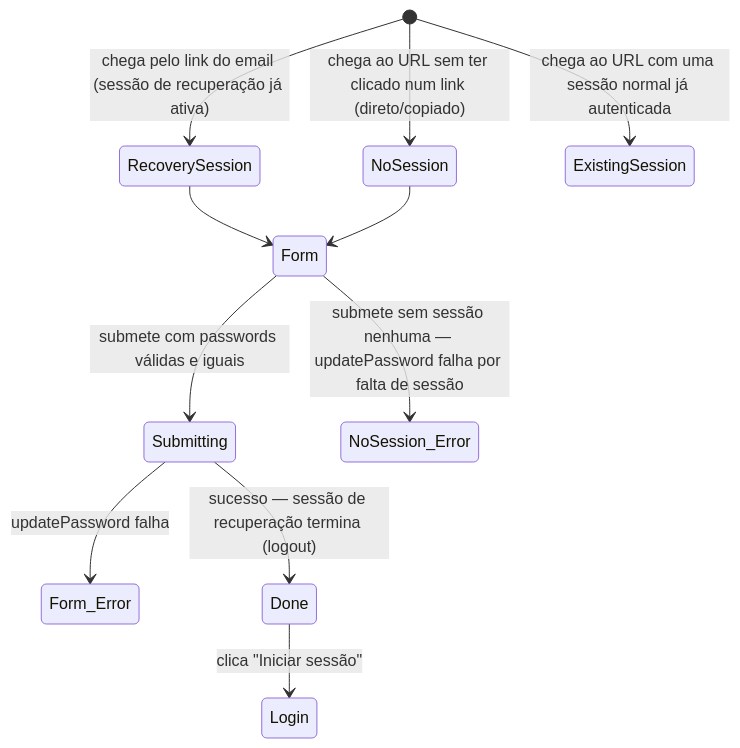
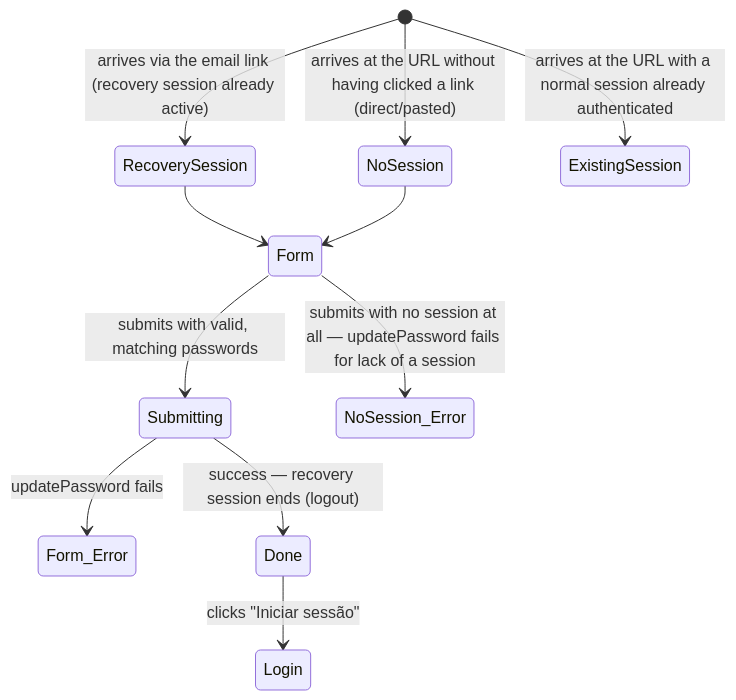
One commit to dmsm2000/rally changed the diagram in docs/flows/reset-password.md. Above: the diagram before and after it, drawn with Mermaid. The commit also changed other lines of this file and 10 other files, not shown here.

````diff
--- a/docs/flows/reset-password.md
+++ b/docs/flows/reset-password.md
@@ -16,15 +18,15 @@
 ```mermaid
 stateDiagram-v2
-  [*] --> RecoverySession: chega pelo link do email (sessão de recuperação já ativa)
-  [*] --> NoSession: chega ao URL sem ter clicado num link (direto/copiado)
-  [*] --> ExistingSession: chega ao URL com uma sessão normal já autenticada
+  [*] --> RecoverySession: arrives via the email link (recovery session already active)
+  [*] --> NoSession: arrives at the URL without having clicked a link (direct/pasted)
+  [*] --> ExistingSession: arrives at the URL with a normal session already authenticated
 
   RecoverySession --> Form
-  Form --> Submitting: submete com passwords válidas e iguais
-  Submitting --> Form_Error: updatePassword falha
-  Submitting --> Done: sucesso — sessão de recuperação termina (logout)
-  Done --> Login: clica "Iniciar sessão"
+  Form --> Submitting: submits with valid, matching passwords
+  Submitting --> Form_Error: updatePassword fails
+  Submitting --> Done: success — recovery session ends (logout)
+  Done --> Login: clicks "Iniciar sessão"
 
   NoSession --> Form
-  Form --> NoSession_Error: submete sem sessão nenhuma — updatePassword falha por falta de sessão
+  Form --> NoSession_Error: submits with no session at all — updatePassword fails for lack of a session
 ```
````
